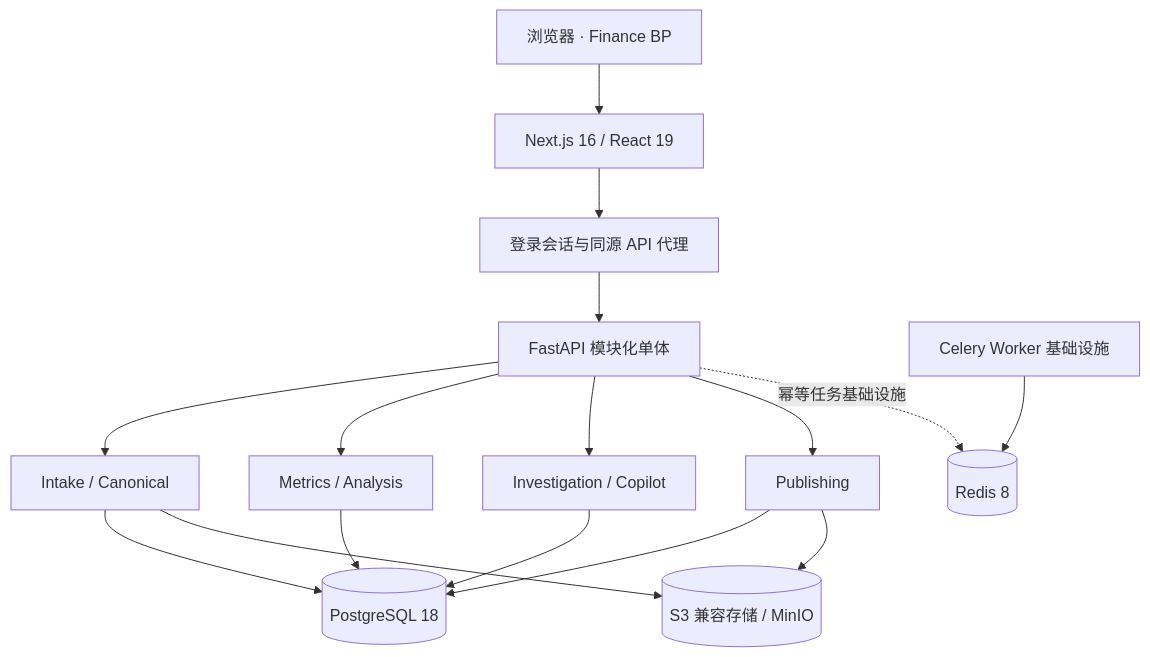
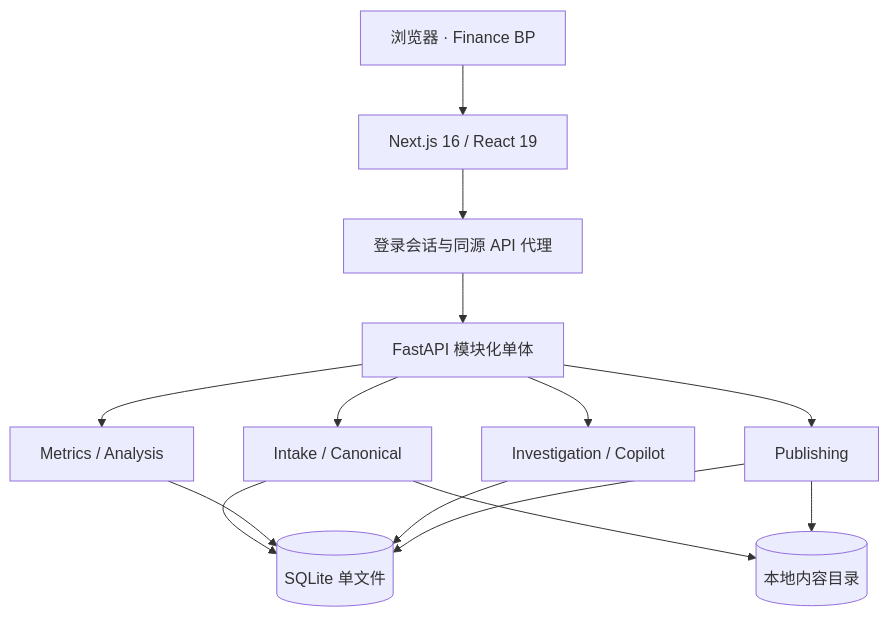
The sixth of 10 diagrams in README.md (davyzhong/FLOW), drawn with Mermaid before and after one commit. The commit also changed other lines of this file and 47 other files, not shown here.

````diff
--- a/README.md
+++ b/README.md
@@ -428,18 +428,16 @@
 ```mermaid
 flowchart TB
     Browser[浏览器 · Finance BP] --> Web[Next.js 16 / React 19]
     Web --> Session[登录会话与同源 API 代理]
     Session --> API[FastAPI 模块化单体]
     API --> Intake[Intake / Canonical]
     API --> Metrics[Metrics / Analysis]
     API --> Review[Investigation / Copilot]
     API --> Publish[Publishing]
-    Intake --> PG[(PostgreSQL 18)]
-    Metrics --> PG
-    Review --> PG
-    Publish --> PG
-    Intake --> S3[(S3 兼容存储 / MinIO)]
-    Publish --> S3
-    Worker[Celery Worker 基础设施] --> Redis[(Redis 8)]
-    API -. 幂等任务基础设施 .-> Redis
+    Intake --> DB[(SQLite 单文件)]
+    Metrics --> DB
+    Review --> DB
+    Publish --> DB
+    Intake --> Files[(本地内容目录)]
+    Publish --> Files
 ```
````
